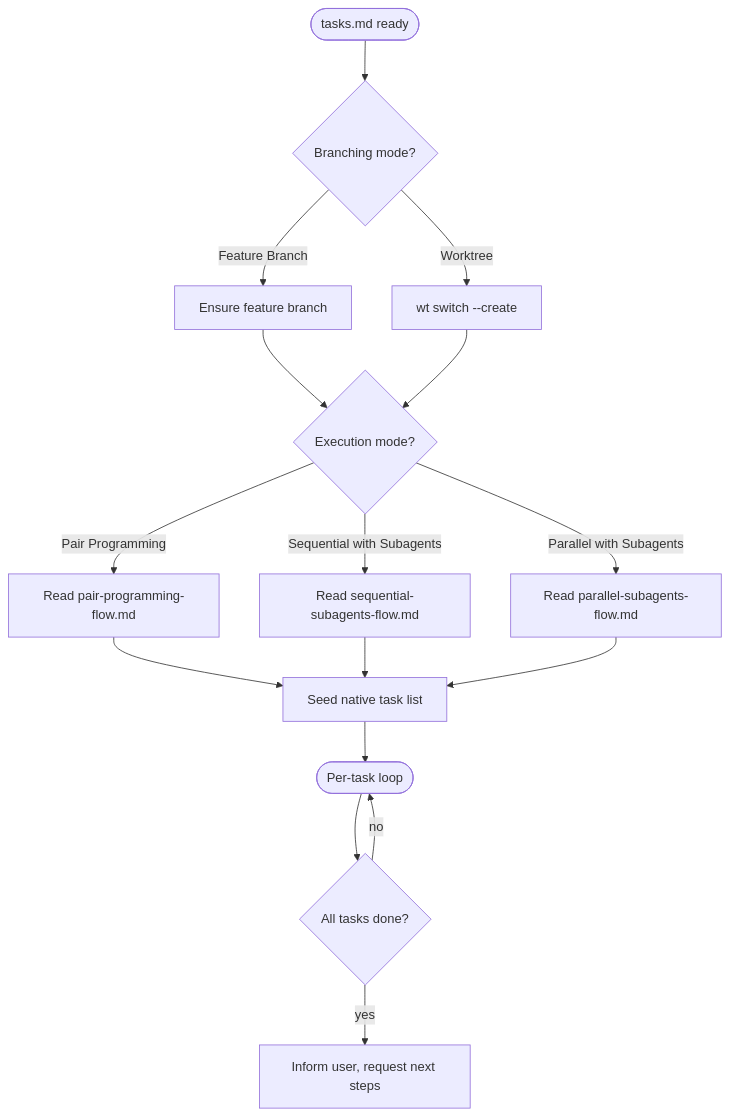
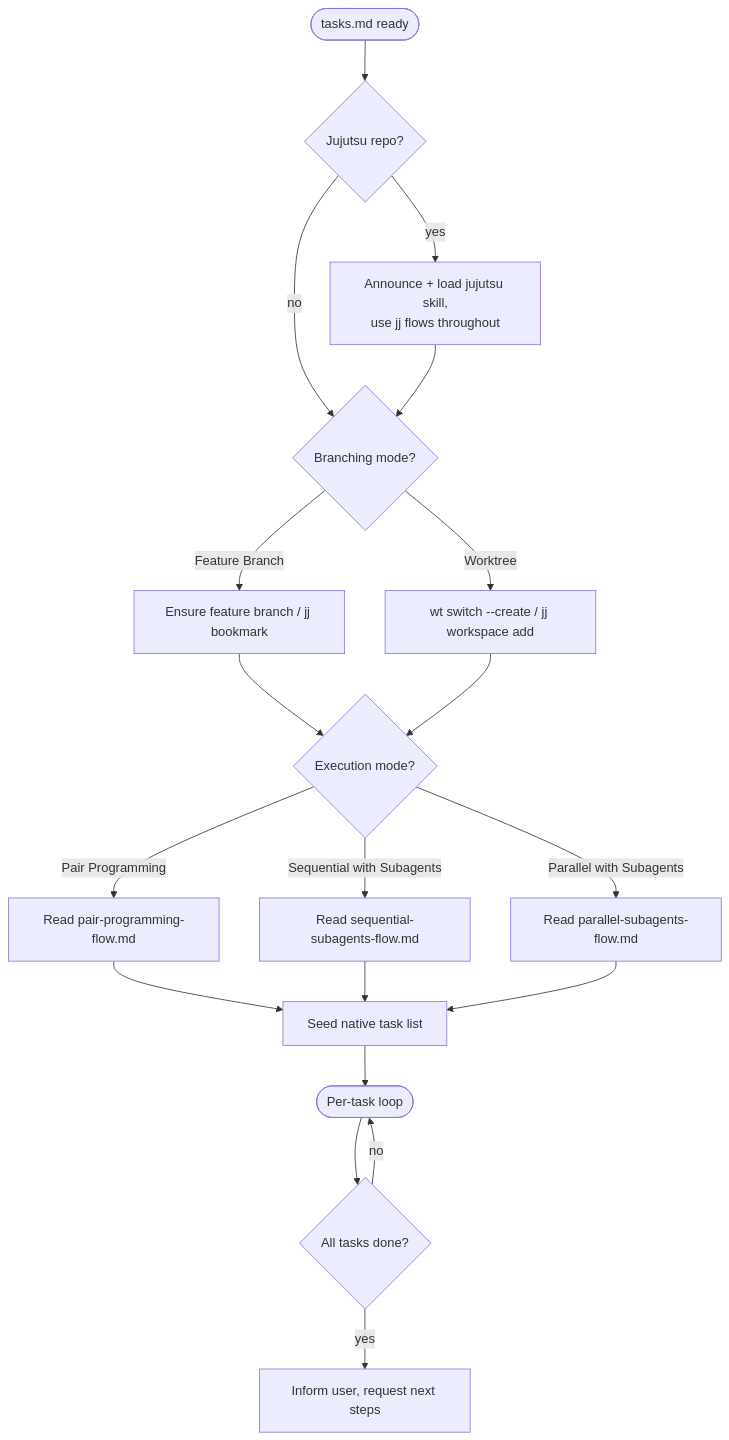
One commit to ycastorium/bionic-castor changed the diagram in skills/implementing-tasks/SKILL.md. Above: the diagram before and after it, drawn with Mermaid. The commit also changed other lines of this file and 6 other files, not shown here.

Commit message:
Add jujutsu skill; brainstorming fast lane; jj detection in implementing-tasks

````diff
--- a/skills/implementing-tasks/SKILL.md
+++ b/skills/implementing-tasks/SKILL.md
@@ -29,18 +46,21 @@
 ```mermaid
 flowchart TD
-    Start([tasks.md ready]) --> Q1{Branching mode?}
-    Q1 -->|Feature Branch| Branch[Ensure feature branch]
-    Q1 -->|Worktree| WT[wt switch --create]
+    Start([tasks.md ready]) --> Detect{Jujutsu repo?}
+    Detect -->|yes| JJ[Announce + load jujutsu skill,<br>use jj flows throughout]
+    Detect -->|no| Q1{Branching mode?}
+    JJ --> Q1
+    Q1 -->|Feature Branch| Branch[Ensure feature branch / jj bookmark]
+    Q1 -->|Worktree| WT[wt switch --create / jj workspace add]
     Branch --> Q2{Execution mode?}
     WT --> Q2
     Q2 -->|Pair Programming| PP[Read pair-programming-flow.md]
     Q2 -->|Sequential with Subagents| SEQ[Read sequential-subagents-flow.md]
     Q2 -->|Parallel with Subagents| PAR[Read parallel-subagents-flow.md]
     PP --> Seed[Seed native task list]
     SEQ --> Seed
     PAR --> Seed
     Seed --> Loop([Per-task loop])
     Loop --> Done{All tasks done?}
     Done -->|no| Loop
     Done -->|yes| Report[Inform user, request next steps]
 ```
````
